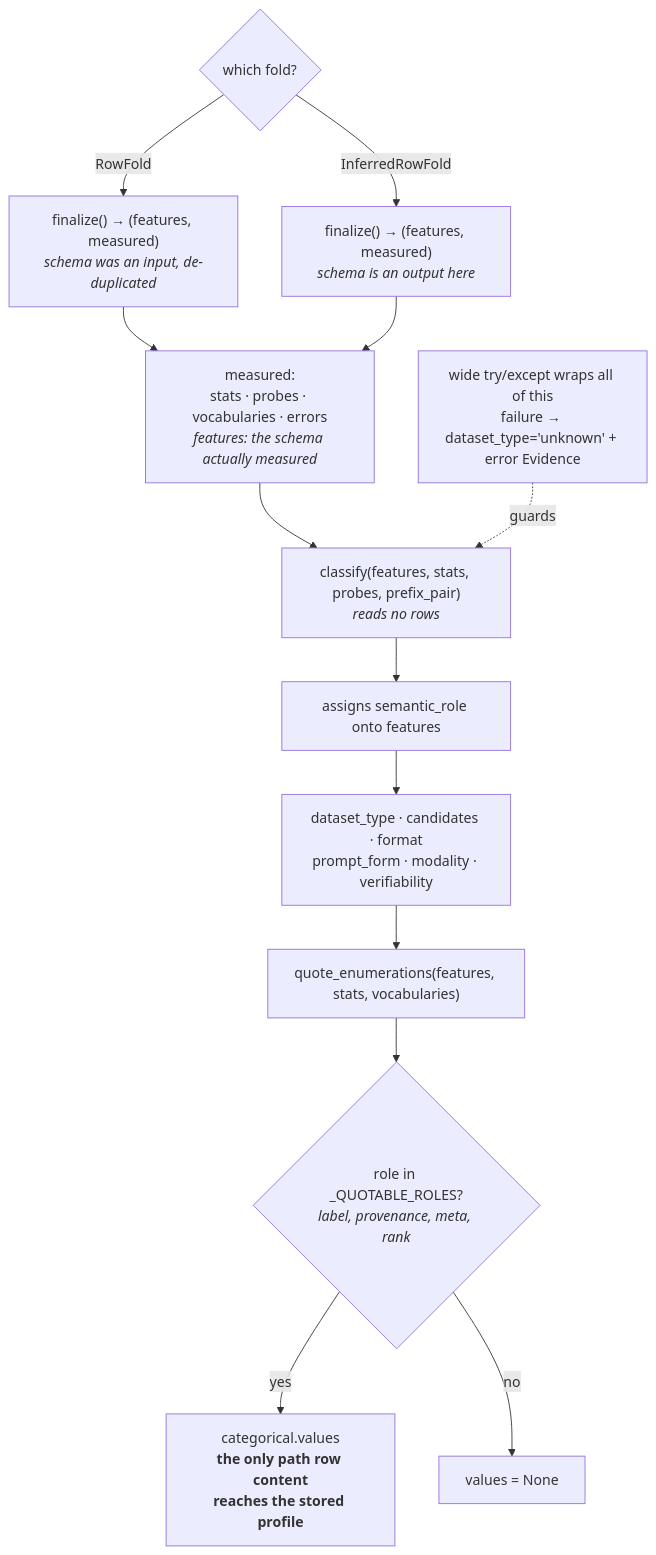
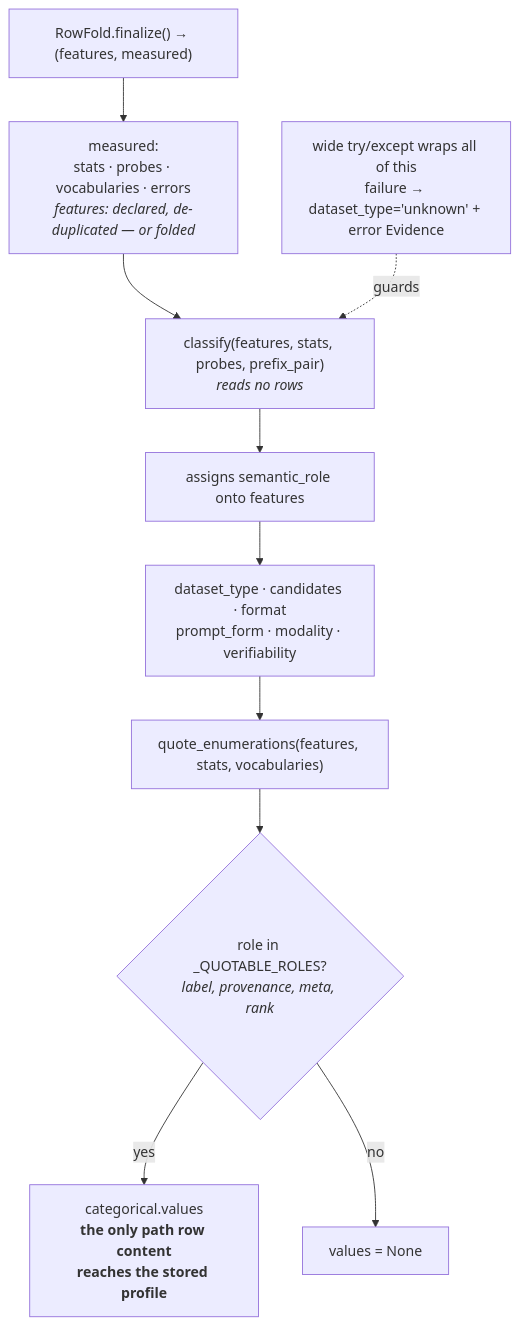
One commit to NVIDIA-NeMo/nemo-platform changed the third of 3 diagrams in plugins/nemo-datasets/README.md. Above: the diagram before and after it, drawn with Mermaid. The commit also changed other lines of this file and 3 other files, not shown here.

````diff
--- a/plugins/nemo-datasets/README.md
+++ b/plugins/nemo-datasets/README.md
@@ -319,21 +323,17 @@
 ```mermaid
 flowchart TD
-    FIN{"which fold?"}
-    FIN -->|"RowFold"| F1["finalize() → (features, measured)<br/><i>schema was an input, de-duplicated</i>"]
-    FIN -->|"InferredRowFold"| F2["finalize() → (features, measured)<br/><i>schema is an output here</i>"]
-
-    F1 --> M["measured:<br/>stats · probes · vocabularies · errors<br/><i>features: the schema actually measured</i>"]
-    F2 --> M
+    FIN["RowFold.finalize() → (features, measured)"]
+    FIN --> M["measured:<br/>stats · probes · vocabularies · errors<br/><i>features: declared, de-duplicated — or folded</i>"]
 
     M --> CLS["classify(features, stats, probes, prefix_pair)<br/><i>reads no rows</i>"]
     CLS --> ROLES["assigns semantic_role onto features"]
     ROLES --> AXES["dataset_type · candidates · format<br/>prompt_form · modality · verifiability"]
 
     AXES --> QUOTE["quote_enumerations(features, stats, vocabularies)"]
     QUOTE --> GATE{"role in _QUOTABLE_ROLES?<br/><i>label, provenance, meta, rank</i>"}
     GATE -->|"yes"| VALS["categorical.values<br/><b>the only path row content<br/>reaches the stored profile</b>"]
     GATE -->|"no"| NONE["values = None"]
 
     GUARD["wide try/except wraps all of this<br/>failure → dataset_type='unknown' + error Evidence"]
     GUARD -.->|"guards"| CLS
 ```
````
